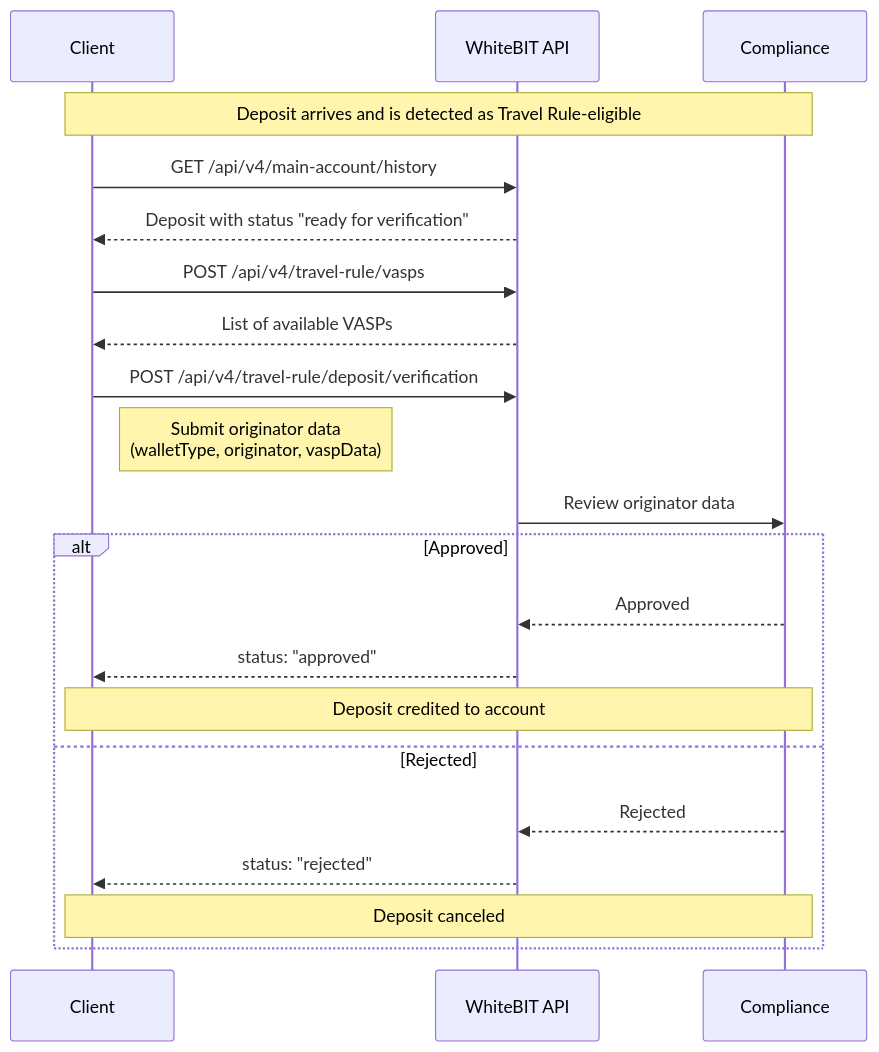
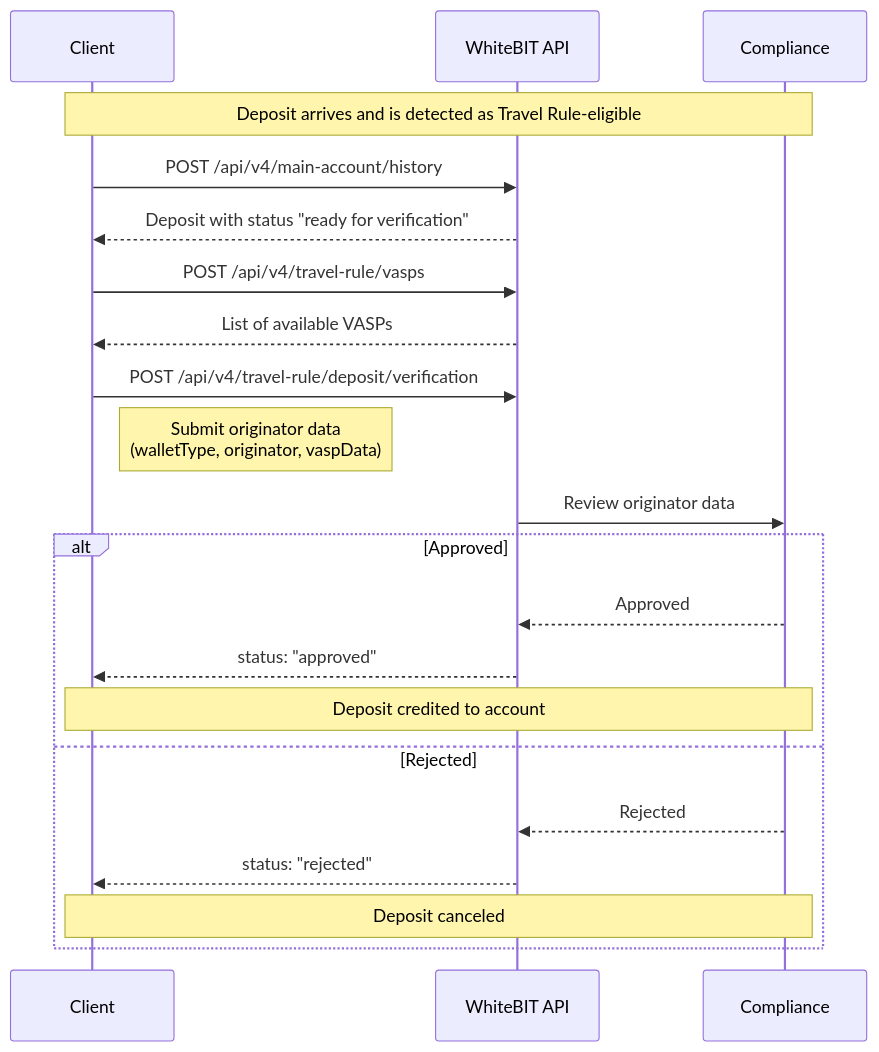
Before and after one commit to whitebit-exchange/docs: the first of 2 diagrams in concepts/travel-rule.mdx, drawn with Mermaid. The commit also changed 15 other files, not shown here.

````diff
--- a/concepts/travel-rule.mdx
+++ b/concepts/travel-rule.mdx
@@ -70,28 +70,28 @@
 ```mermaid
 sequenceDiagram
     participant Client
     participant WhiteBIT API
     participant Compliance
 
     Note over Client,Compliance: Deposit arrives and is detected as Travel Rule-eligible
 
-    Client->>WhiteBIT API: GET /api/v4/main-account/history
+    Client->>WhiteBIT API: POST /api/v4/main-account/history
     WhiteBIT API-->>Client: Deposit with status "ready for verification"
 
     Client->>WhiteBIT API: POST /api/v4/travel-rule/vasps
     WhiteBIT API-->>Client: List of available VASPs
 
     Client->>WhiteBIT API: POST /api/v4/travel-rule/deposit/verification
     Note right of Client: Submit originator data<br/>(walletType, originator, vaspData)
     WhiteBIT API->>Compliance: Review originator data
 
     alt Approved
         Compliance-->>WhiteBIT API: Approved
         WhiteBIT API-->>Client: status: "approved"
         Note over Client,Compliance: Deposit credited to account
     else Rejected
         Compliance-->>WhiteBIT API: Rejected
         WhiteBIT API-->>Client: status: "rejected"
         Note over Client,Compliance: Deposit canceled
     end
 ```
````
